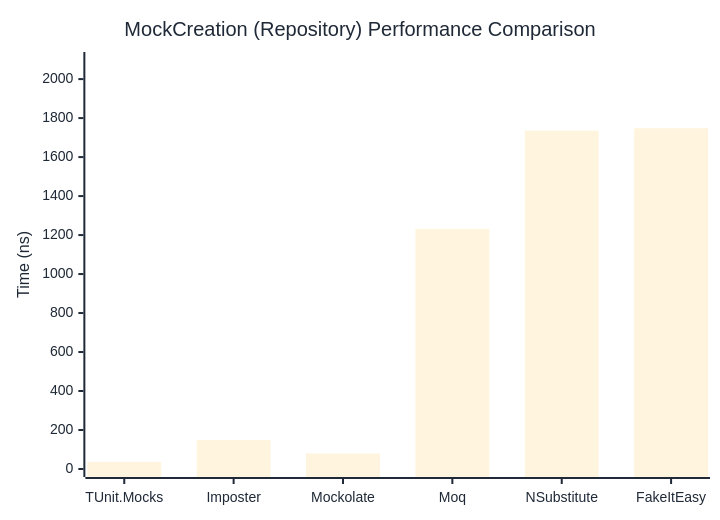
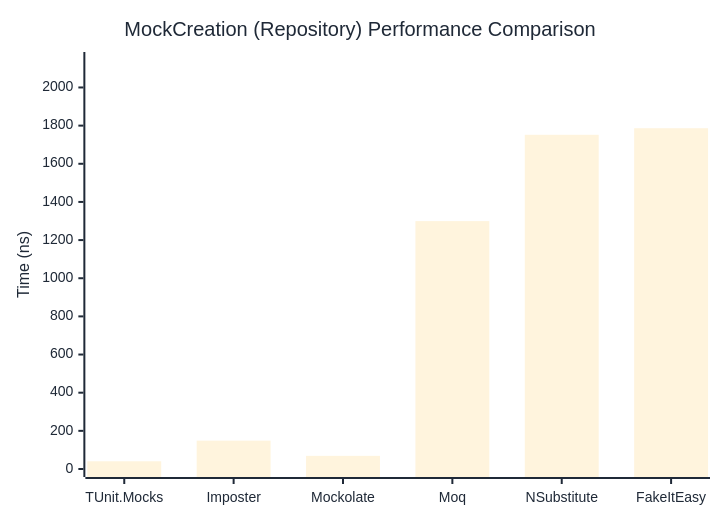
One commit to thomhurst/TUnit changed the second of 2 diagrams in docs/docs/benchmarks/mocks/MockCreation.md. Above: the diagram before and after it, drawn with Mermaid. The commit also changed other lines of this file and 14 other files, not shown here.

````diff
--- a/docs/docs/benchmarks/mocks/MockCreation.md
+++ b/docs/docs/benchmarks/mocks/MockCreation.md
@@ -69,27 +69,27 @@
 ```mermaid
 %%{init: {
   'theme':'base',
   'themeVariables': {
     'primaryColor': '#2563eb',
     'primaryTextColor': '#1f2937',
     'primaryBorderColor': '#1e40af',
     'lineColor': '#6b7280',
     'secondaryColor': '#7c3aed',
     'tertiaryColor': '#dc2626',
     'background': '#ffffff',
     'pie1': '#2563eb',
     'pie2': '#7c3aed',
     'pie3': '#dc2626',
     'pie4': '#f59e0b',
     'pie5': '#10b981',
     'pie6': '#06b6d4',
     'pie7': '#ec4899',
     'pie8': '#6366f1'
   }
 }}%%
 xychart-beta
   title "MockCreation (Repository) Performance Comparison"
   x-axis ["TUnit.Mocks", "Imposter", "Mockolate", "Moq", "NSubstitute", "FakeItEasy"]
-  y-axis "Time (ns)" 0 --> 2098
-  bar [36.43, 148.73, 79.19, 1231.42, 1735.22, 1748.26]
+  y-axis "Time (ns)" 0 --> 2144
+  bar [40.53, 148.69, 68.94, 1299.41, 1752.02, 1786.36]
 ```
````
